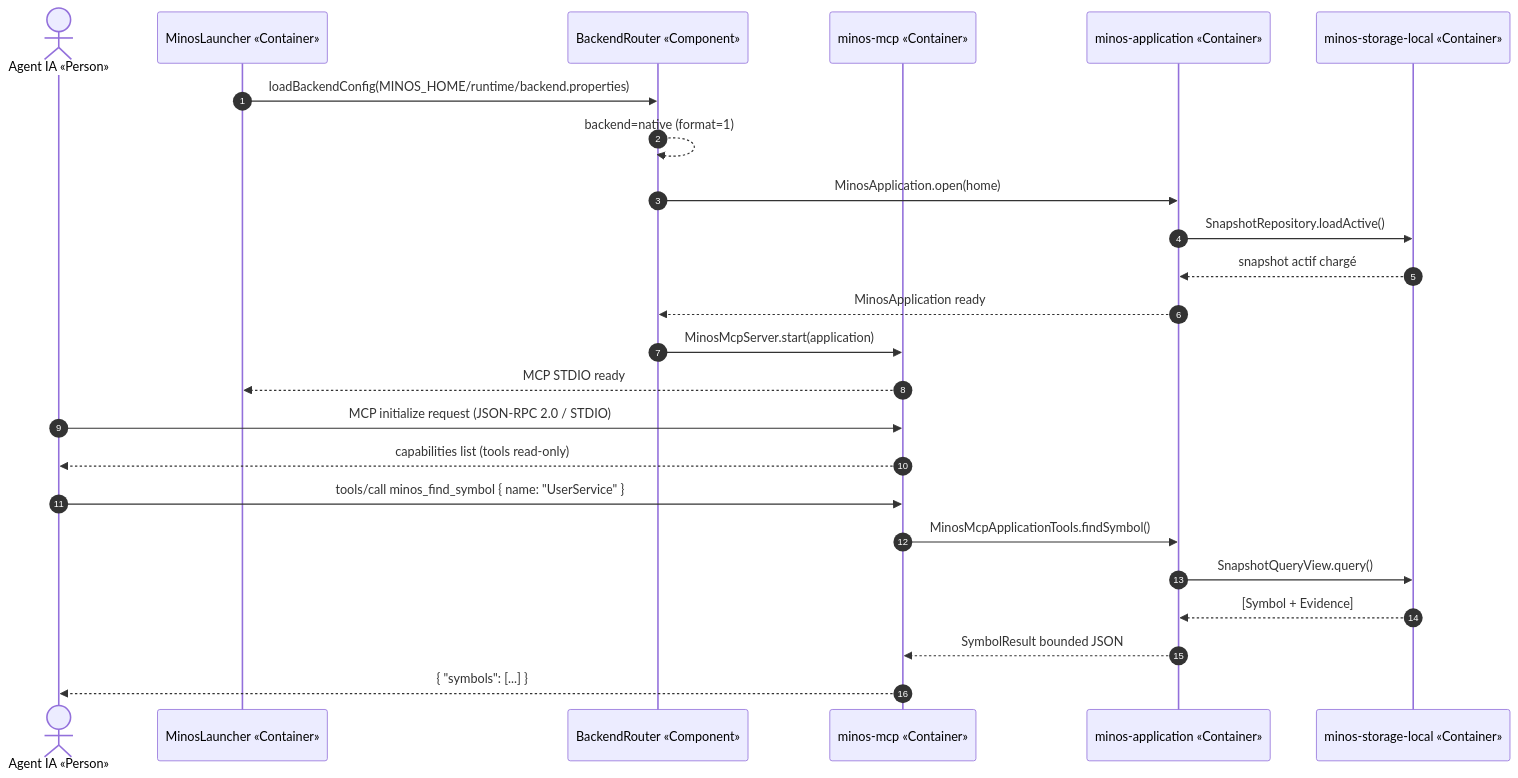
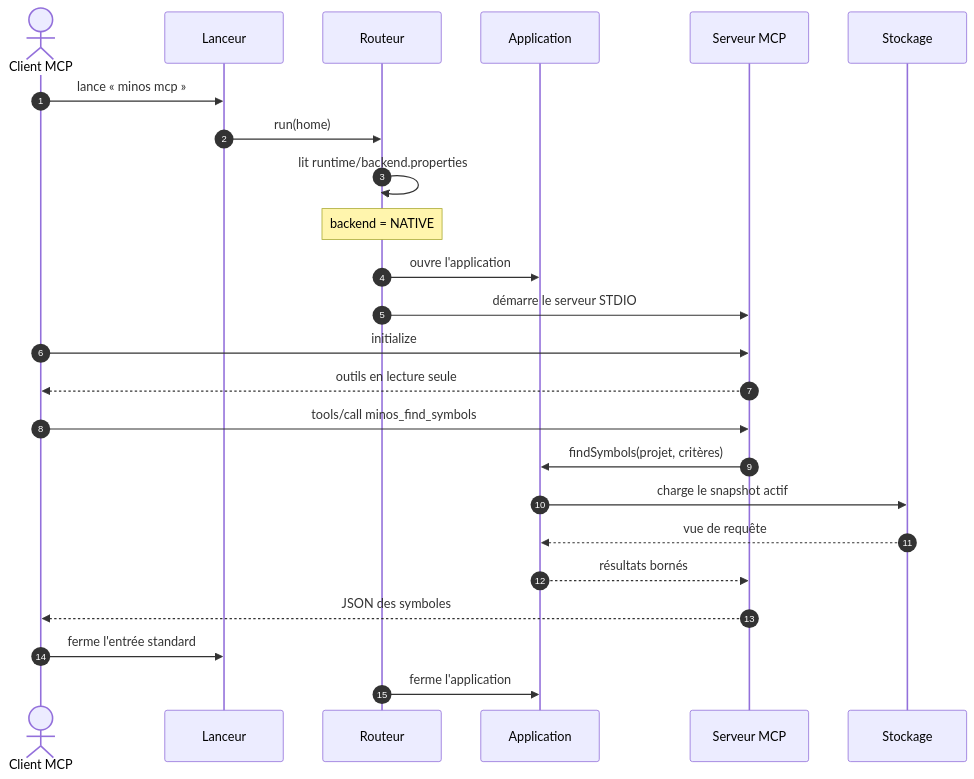
One commit to FTurleque/minos-code-intelligence changed the fifth of 6 diagrams in docs/architecture/arc42/06-vue-execution.md. Above: the diagram before and after it, drawn with Mermaid. The commit also changed other lines of this file and 7 other files, not shown here.

First line of the commit message:
docs(architecture): remplacer les diagrammes périmés d'arc42 par les versions relues (G17, G18)

````diff
--- a/docs/architecture/arc42/06-vue-execution.md
+++ b/docs/architecture/arc42/06-vue-execution.md
@@ -90,28 +162,29 @@
 ```mermaid
 sequenceDiagram
     autonumber
-    actor Agent as Agent IA «Person»
-    participant Launcher as MinosLauncher «Container»
-    participant Router as BackendRouter «Component»
-    participant MCP as minos-mcp «Container»
-    participant App as minos-application «Container»
-    participant Storage as minos-storage-local «Container»
+    actor Client as Client MCP
+    participant L as Lanceur
+    participant R as Routeur
+    participant App as Application
+    participant S as Serveur MCP
+    participant Sto as Stockage
 
-    Launcher->>Router: loadBackendConfig(MINOS_HOME/runtime/backend.properties)
-    Router-->>Router: backend=native (format=1)
-    Router->>App: MinosApplication.open(home)
-    App->>Storage: SnapshotRepository.loadActive()
-    Storage-->>App: snapshot actif chargé
-    App-->>Router: MinosApplication ready
-    Router->>MCP: MinosMcpServer.start(application)
-    MCP-->>Launcher: MCP STDIO ready
+    Client->>L: lance « minos mcp »
+    L->>R: run(home)
+    R->>R: lit runtime/backend.properties
+    Note over R: backend = NATIVE
+    R->>App: ouvre l'application
+    R->>S: démarre le serveur STDIO
 
-    Agent->>MCP: MCP initialize request (JSON-RPC 2.0 / STDIO)
-    MCP-->>Agent: capabilities list (tools read-only)
-    Agent->>MCP: tools/call minos_find_symbol { name: "UserService" }
-    MCP->>App: MinosMcpApplicationTools.findSymbol()
-    App->>Storage: SnapshotQueryView.query()
-    Storage-->>App: [Symbol + Evidence]
-    App-->>MCP: SymbolResult bounded JSON
-    MCP-->>Agent: { "symbols": [...] }
+    Client->>S: initialize
+    S-->>Client: outils en lecture seule
+    Client->>S: tools/call minos_find_symbols
+    S->>App: findSymbols(projet, critères)
+    App->>Sto: charge le snapshot actif
+    Sto-->>App: vue de requête
+    App-->>S: résultats bornés
+    S-->>Client: JSON des symboles
+
+    Client->>L: ferme l'entrée standard
+    R->>App: ferme l'application
 ```
````
